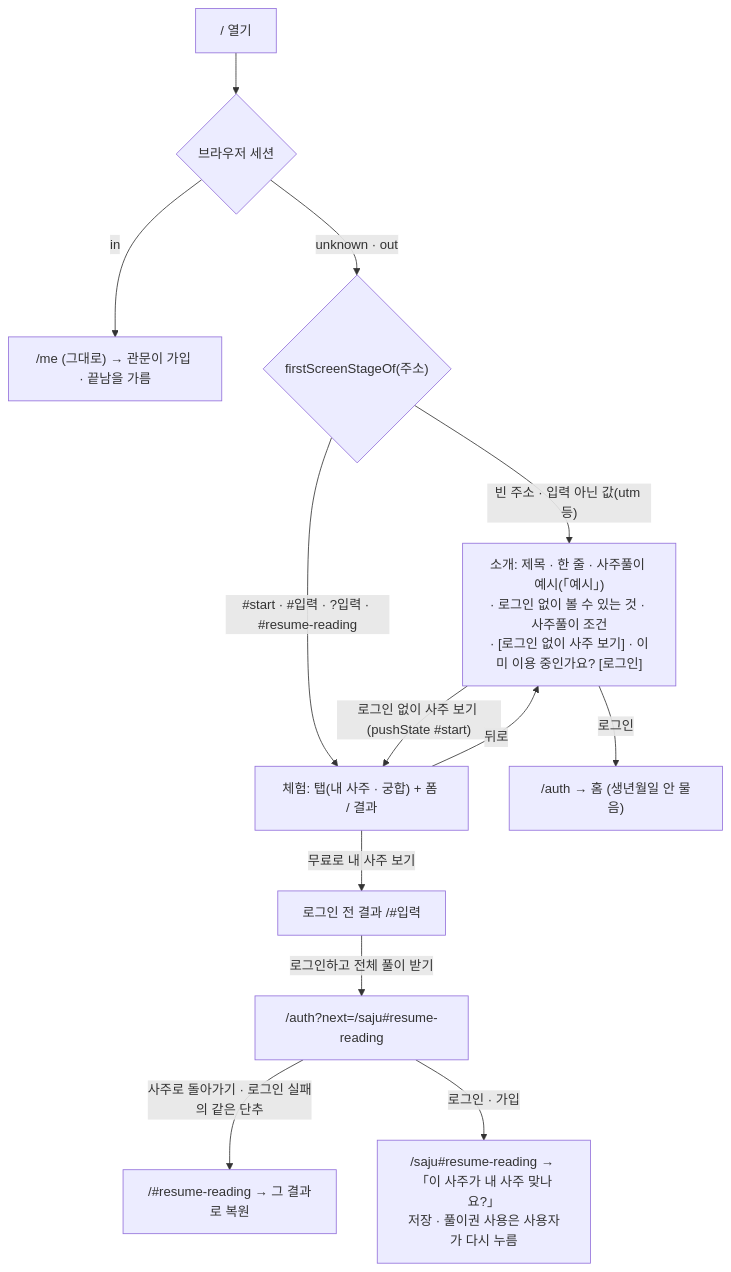
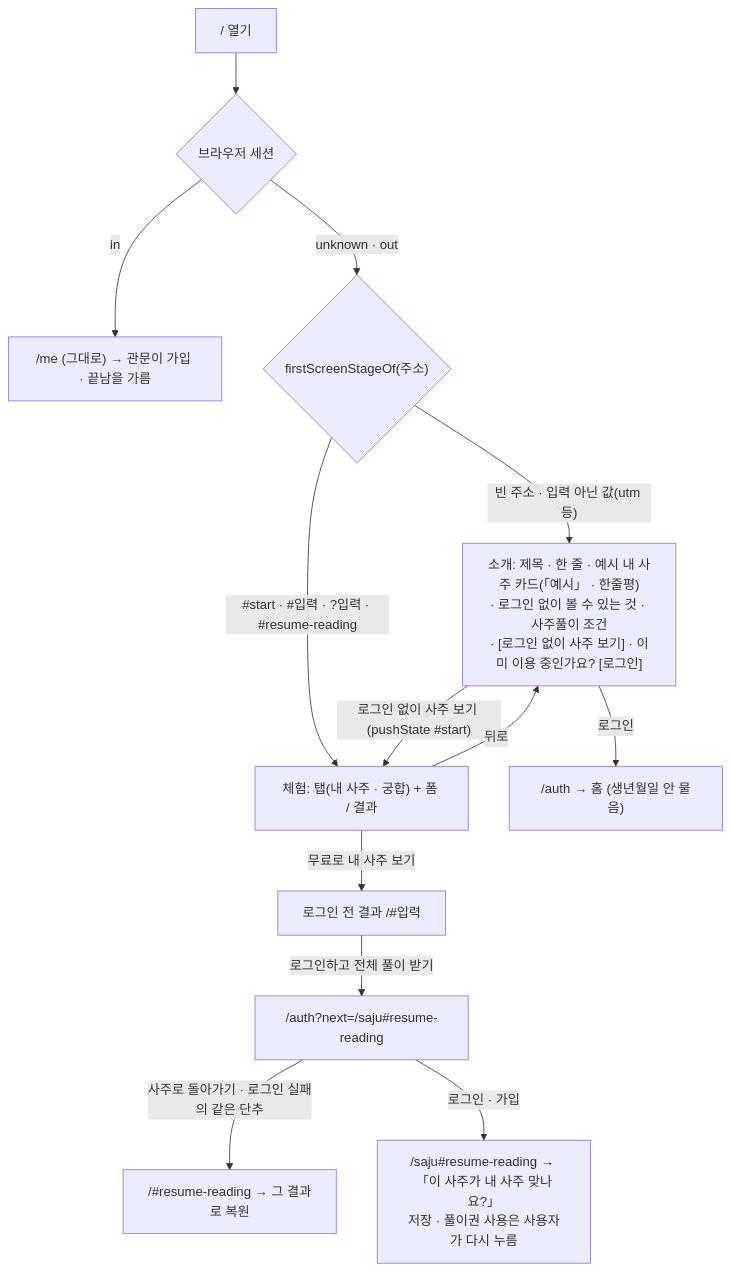
One commit to sungheeyoon/mannalmap changed the third of 4 diagrams in docs/adr/0226-the-first-screen-says-what-it-is-then-offers-a-trial-and-a-member-door.md. Above: the diagram before and after it, drawn with Mermaid. The commit also changed other lines of this file and 10 other files, not shown here.

````diff
--- a/docs/adr/0226-the-first-screen-says-what-it-is-then-offers-a-trial-and-a-member-door.md
+++ b/docs/adr/0226-the-first-screen-says-what-it-is-then-offers-a-trial-and-a-member-door.md
@@ -55,15 +55,15 @@
 ```mermaid
 flowchart TD
   N0["/ 열기"] --> N1{"브라우저 세션"}
   N1 -- "in" --> N2["/me (그대로) → 관문이 가입 · 끝남을 가름"]
   N1 -- "unknown · out" --> N3{"firstScreenStageOf(주소)"}
-  N3 -- "빈 주소 · 입력 아닌 값(utm 등)" --> N4["소개: 제목 · 한 줄 · 사주풀이 예시(「예시」)<br/>· 로그인 없이 볼 수 있는 것 · 사주풀이 조건<br/>· [로그인 없이 사주 보기] · 이미 이용 중인가요? [로그인]"]
+  N3 -- "빈 주소 · 입력 아닌 값(utm 등)" --> N4["소개: 제목 · 한 줄 · 예시 내 사주 카드(「예시」 · 한줄평)<br/>· 로그인 없이 볼 수 있는 것 · 사주풀이 조건<br/>· [로그인 없이 사주 보기] · 이미 이용 중인가요? [로그인]"]
   N3 -- "#start · #입력 · ?입력 · #resume-reading" --> N5["체험: 탭(내 사주 · 궁합) + 폼 / 결과"]
   N4 -- "로그인 없이 사주 보기 (pushState #start)" --> N5
   N5 -- "뒤로" --> N4
   N4 -- "로그인" --> N6["/auth → 홈 (생년월일 안 물음)"]
   N5 -- "무료로 내 사주 보기" --> N7["로그인 전 결과 /#입력"]
   N7 -- "로그인하고 전체 풀이 받기" --> N8["/auth?next=/saju#resume-reading"]
   N8 -- "사주로 돌아가기 · 로그인 실패의 같은 단추" --> N9["/#resume-reading → 그 결과로 복원"]
   N8 -- "로그인 · 가입" --> N10["/saju#resume-reading → 「이 사주가 내 사주 맞나요?」<br/>저장 · 풀이권 사용은 사용자가 다시 누름"]
 ```
````
